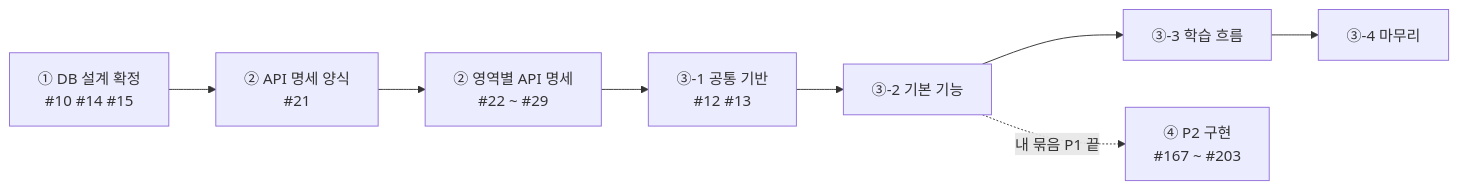
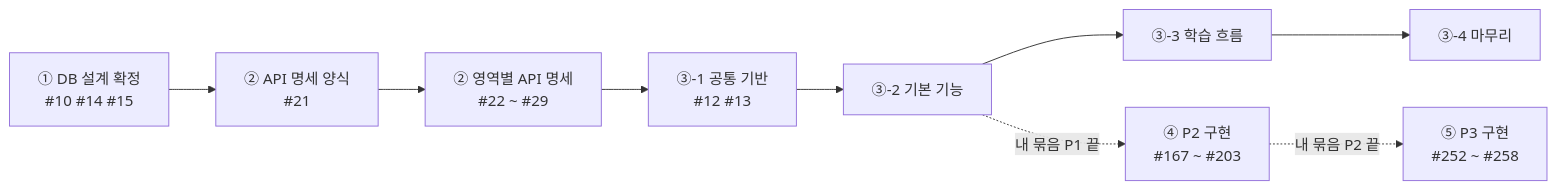
One commit to eulji-staff-only/vibelog changed the diagram in docs/collaboration/08-task-flow.md. Above: the diagram before and after it, drawn with Mermaid. The commit also changed other lines of this file and 1 other file, not shown here.

````diff
--- a/docs/collaboration/08-task-flow.md
+++ b/docs/collaboration/08-task-flow.md
@@ -13,10 +13,11 @@
 ```mermaid
 flowchart LR
     M1["① DB 설계 확정<br/>#10 #14 #15"] --> M2A["② API 명세 양식<br/>#21"]
     M2A --> M2B["② 영역별 API 명세<br/>#22 ~ #29"]
     M2B --> M3A["③-1 공통 기반<br/>#12 #13"]
     M3A --> M3B["③-2 기본 기능"]
     M3B --> M3C["③-3 학습 흐름"]
     M3C --> M3D["③-4 마무리"]
     M3B -.->|내 묶음 P1 끝| M4["④ P2 구현<br/>#167 ~ #203"]
+    M4 -.->|내 묶음 P2 끝| M5["⑤ P3 구현<br/>#252 ~ #258"]
 ```
````
